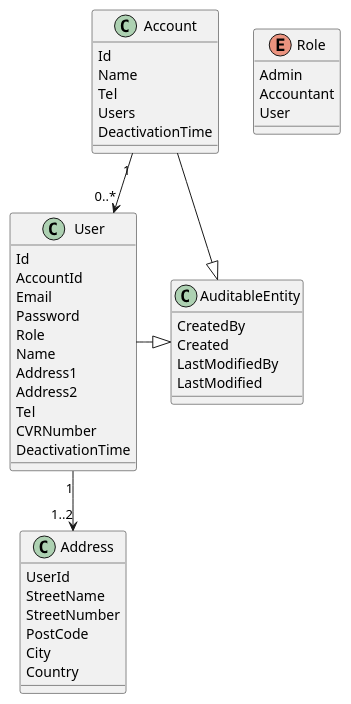
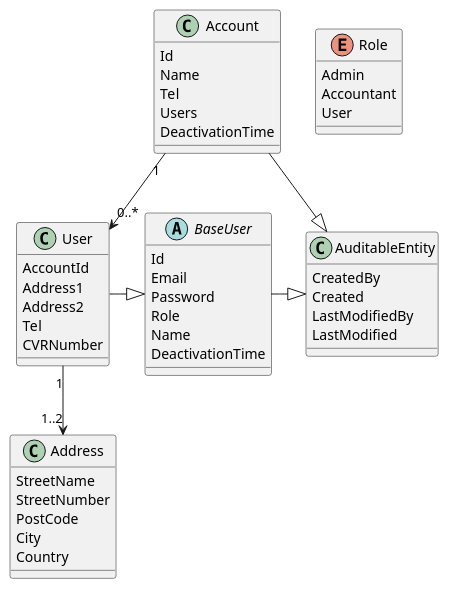
Before and after one commit to IT-Minds/client_dansk-gartneri_indberetning: the diagram in docs/entity-datamodel.md, drawn with PlantUML.

Commit message:
Update markdown file to reflect recent changes

```diff
--- a/docs/entity-datamodel.md
+++ b/docs/entity-datamodel.md
@@ -1,52 +1,55 @@
 @startuml
 
 class AuditableEntity {
   CreatedBy
   Created
   LastModifiedBy
   LastModified
+}
+
+abstract class BaseUser {
+  Id
+  Email
+  Password
+  Role
+  Name
+  DeactivationTime
 }
 
 class Account {
   Id
   Name
   Tel
   Users
   DeactivationTime
 }
 
 class User {
-  Id
   AccountId
-  Email
-  Password
-  Role
-  Name
   Address1
   Address2
   Tel
   CVRNumber
-  DeactivationTime
 }
 
 enum Role {
   Admin
   Accountant
   User
 }
 
 class Address {
-  UserId
   StreetName
   StreetNumber
   PostCode
   City
   Country
 }
 
-User -|> AuditableEntity
+BaseUser -|> AuditableEntity
+User -|> BaseUser
 Account -|> AuditableEntity
 Account "1"-->"0..*" User
 User "1"-->"1..2" Address
 
 @enduml
```
